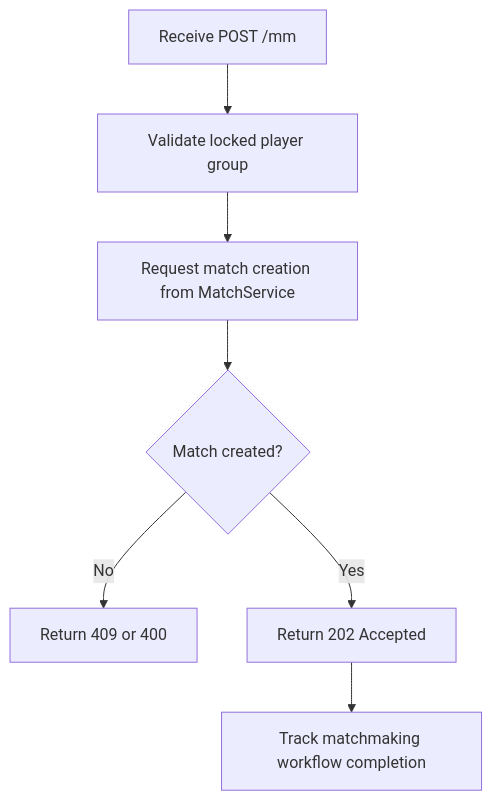
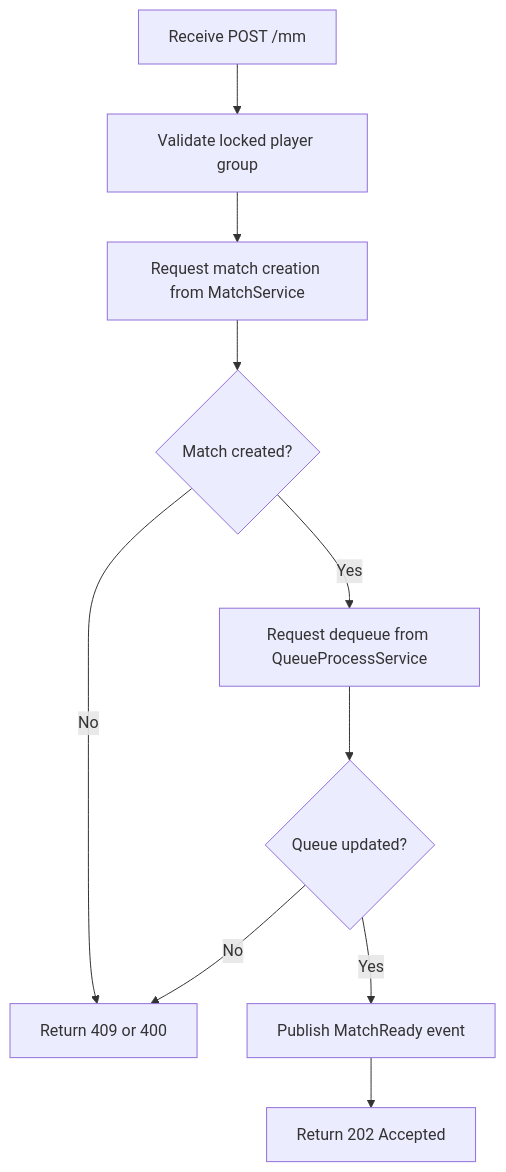
Before and after one commit to dpbL5/glicko2-matchmaking-system: the sixth of 7 diagrams in docs/analysis-and-design.md, drawn with Mermaid. The commit also changed other lines of this file, not shown here.

````diff
--- a/docs/analysis-and-design.md
+++ b/docs/analysis-and-design.md
@@ -373,9 +365,12 @@
 ```mermaid
 flowchart TD
     A[Receive POST /mm] --> B[Validate locked player group]
     B --> C[Request match creation from MatchService]
     C --> D{Match created?}
     D -->|No| E[Return 409 or 400]
-    D -->|Yes| F[Return 202 Accepted]
-    F --> G[Track matchmaking workflow completion]
+    D -->|Yes| F[Request dequeue from QueueProcessService]
+    F --> G{Queue updated?}
+    G -->|No| E
+    G -->|Yes| H[Publish MatchReady event]
+    H --> I[Return 202 Accepted]
 ```
````
